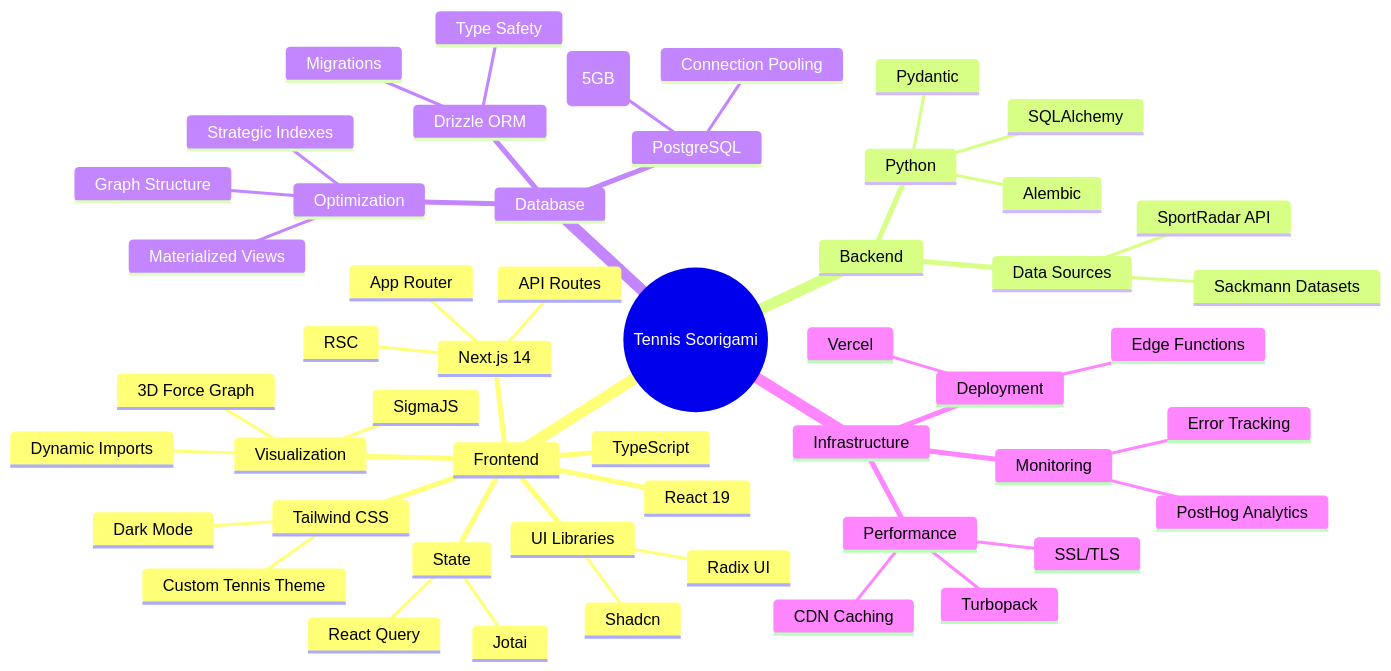
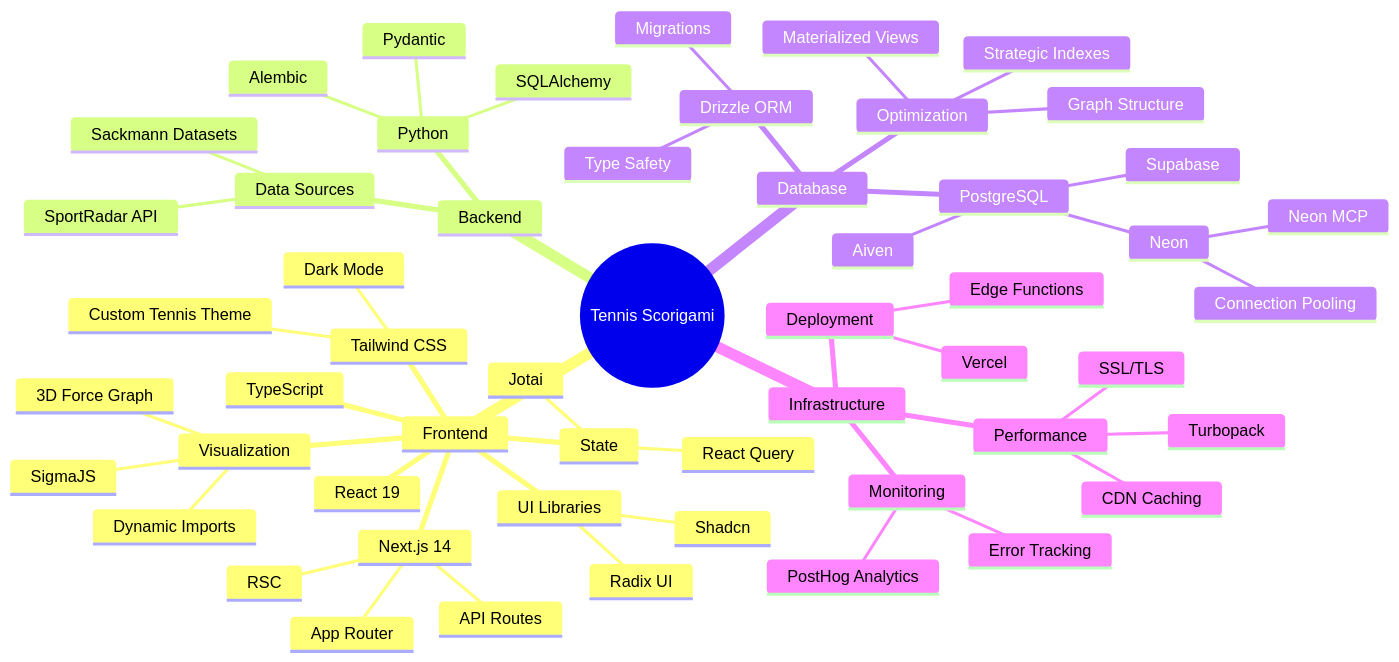
Before and after one commit to johnlarkin1/johnlarkin1.github.io: the first of 2 diagrams in _posts/2025-06-11-tennis-scorigami.md, drawn with Mermaid. The commit also changed other lines of this file and 1 other file, not shown here.

Commit message:
[post] ts bump

````diff
--- a/_posts/2025-06-11-tennis-scorigami.md
+++ b/_posts/2025-06-11-tennis-scorigami.md
@@ -557,54 +557,57 @@
 ```mermaid
 mindmap
   root((Tennis Scorigami))
     Frontend
       Next.js 14
         App Router
         RSC
         API Routes
       React 19
       TypeScript
       Tailwind CSS
         Custom Tennis Theme
         Dark Mode
       UI Libraries
         Radix UI
         Shadcn
       Visualization
         SigmaJS
         3D Force Graph
         Dynamic Imports
       State
         Jotai
         React Query
     Backend
       Python
         SQLAlchemy
         Alembic
         Pydantic
       Data Sources
         Sackmann Datasets
         SportRadar API
     Database
       PostgreSQL
-        Neon (5GB)
-        Connection Pooling
+        Neon
+          Neon MCP
+          Connection Pooling
+        Supabase
+        Aiven
       Drizzle ORM
         Type Safety
         Migrations
       Optimization
         Materialized Views
         Strategic Indexes
         Graph Structure
     Infrastructure
       Deployment
         Vercel
         Edge Functions
       Monitoring
         PostHog Analytics
         Error Tracking
       Performance
         CDN Caching
         SSL/TLS
         Turbopack
 ```
````
